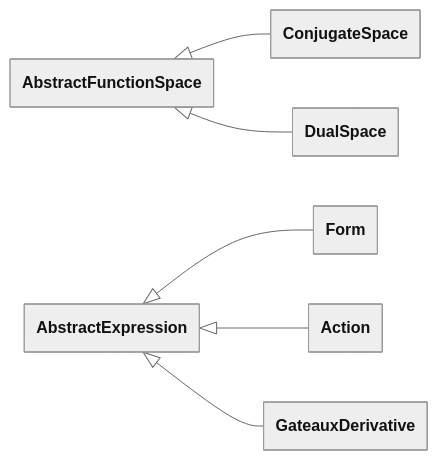
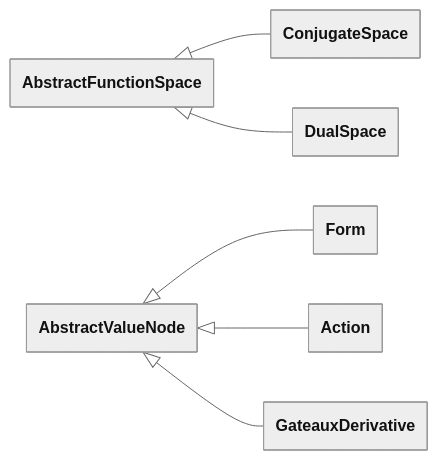
One commit to FEniCS/uflx changed diagram 12 of 12 in design/language.md. Above: the diagram before and after it, drawn with Mermaid. The commit also changed other lines of this file and 9 other files, not shown here.

````diff
--- a/design/language.md
+++ b/design/language.md
@@ -4179,19 +4475,19 @@
 ```mermaid
 ---
 config:
   theme: neutral
   look: classic
   class:
     theme: neutral
     look: classic
     hideEmptyMembersBox: true
 ---
 classDiagram
     direction LR
     accTitle: Variational forms class hierarchy
     AbstractFunctionSpace <|-- ConjugateSpace
     AbstractFunctionSpace <|-- DualSpace
-    AbstractExpression <|-- Form
-    AbstractExpression <|-- Action
-    AbstractExpression <|-- GateauxDerivative
+    AbstractValueNode <|-- Form
+    AbstractValueNode <|-- Action
+    AbstractValueNode <|-- GateauxDerivative
 ```
````
